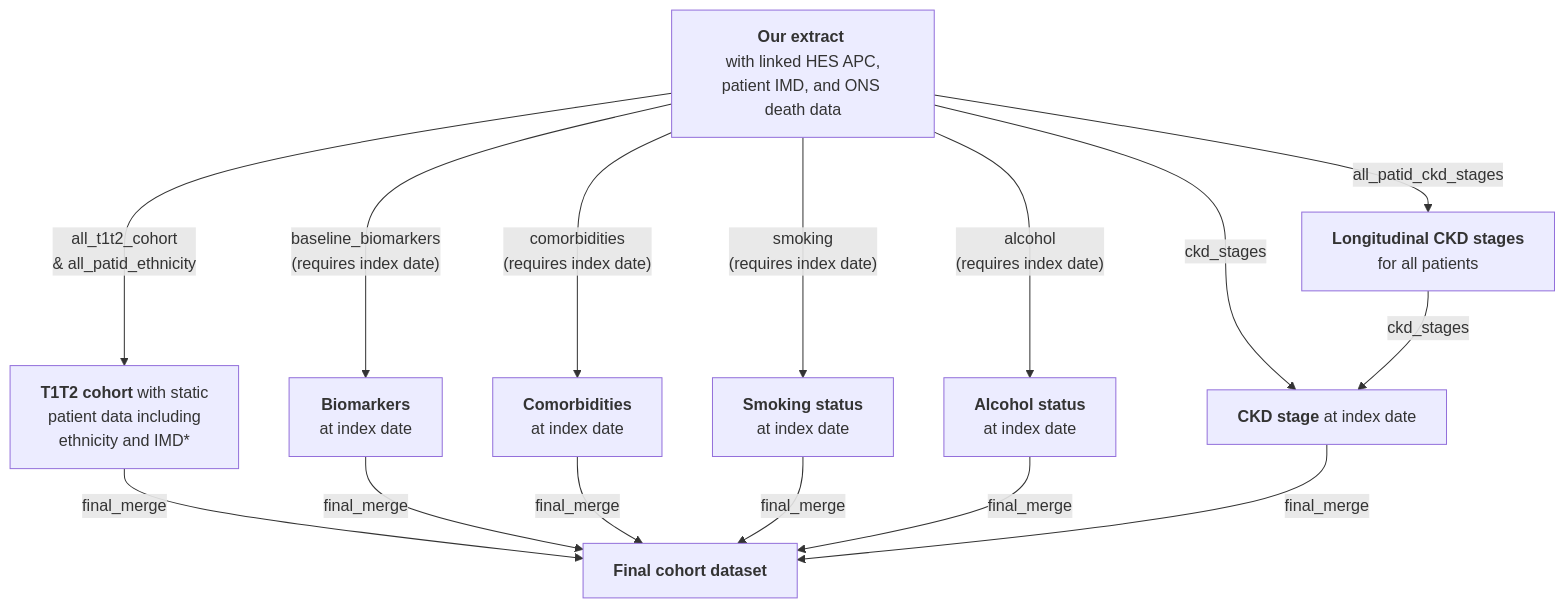
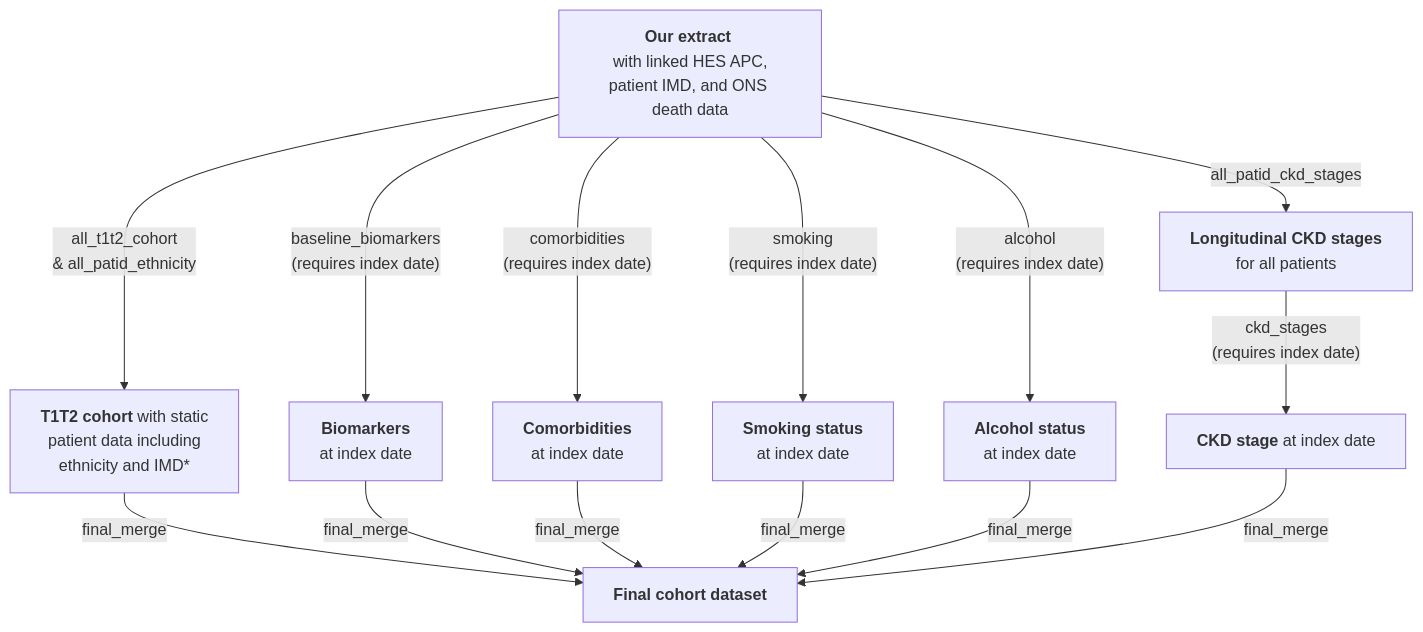
One commit to Exeter-Diabetes/CPRD-Cohort-scripts changed the second of 2 diagrams in README.md. Above: the diagram before and after it, drawn with Mermaid.

````diff
--- a/README.md
+++ b/README.md
@@ -46,17 +46,16 @@
 ```mermaid
 graph TD;
     A["<b>Our extract</b> <br> with linked HES APC, patient IMD, and ONS death data"] --> |"all_t1t2_cohort <br> & all_patid_ethnicity"|B["<b>T1T2 cohort</b> with static <br> patient data including <br> ethnicity and IMD*"]
     A-->|"all_patid_ckd_stages"|C["<b>Longitudinal CKD stages</b> <br> for all patients"]
     A-->|"baseline_biomarkers <br> (requires index date)"|E["<b>Biomarkers</b> <br> at index date"]
     A-->|"comorbidities <br> (requires index date)"|F["<b>Comorbidities</b> <br> at index date"]
     A-->|"smoking <br> (requires index date)"|G["<b>Smoking status</b> <br> at index date"]
     A-->|"alcohol <br> (requires index date)"|H["<b>Alcohol status</b> <br> at index date"]
-    A-->|"ckd_stages"|I["<b>CKD stage</b <br> at index date"]
-    C-->|"ckd_stages"|I
+    C-->|"ckd_stages <br> (requires index date)"|I["<b>CKD stage</b <br> at index date"]
     B-->|"final_merge"|J["<b>Final cohort dataset</b>"]
     E-->|"final_merge"|J
     F-->|"final_merge"|J
     G-->|"final_merge"|J
     H-->|"final_merge"|J
     I-->|"final_merge"|J
 ```
````
